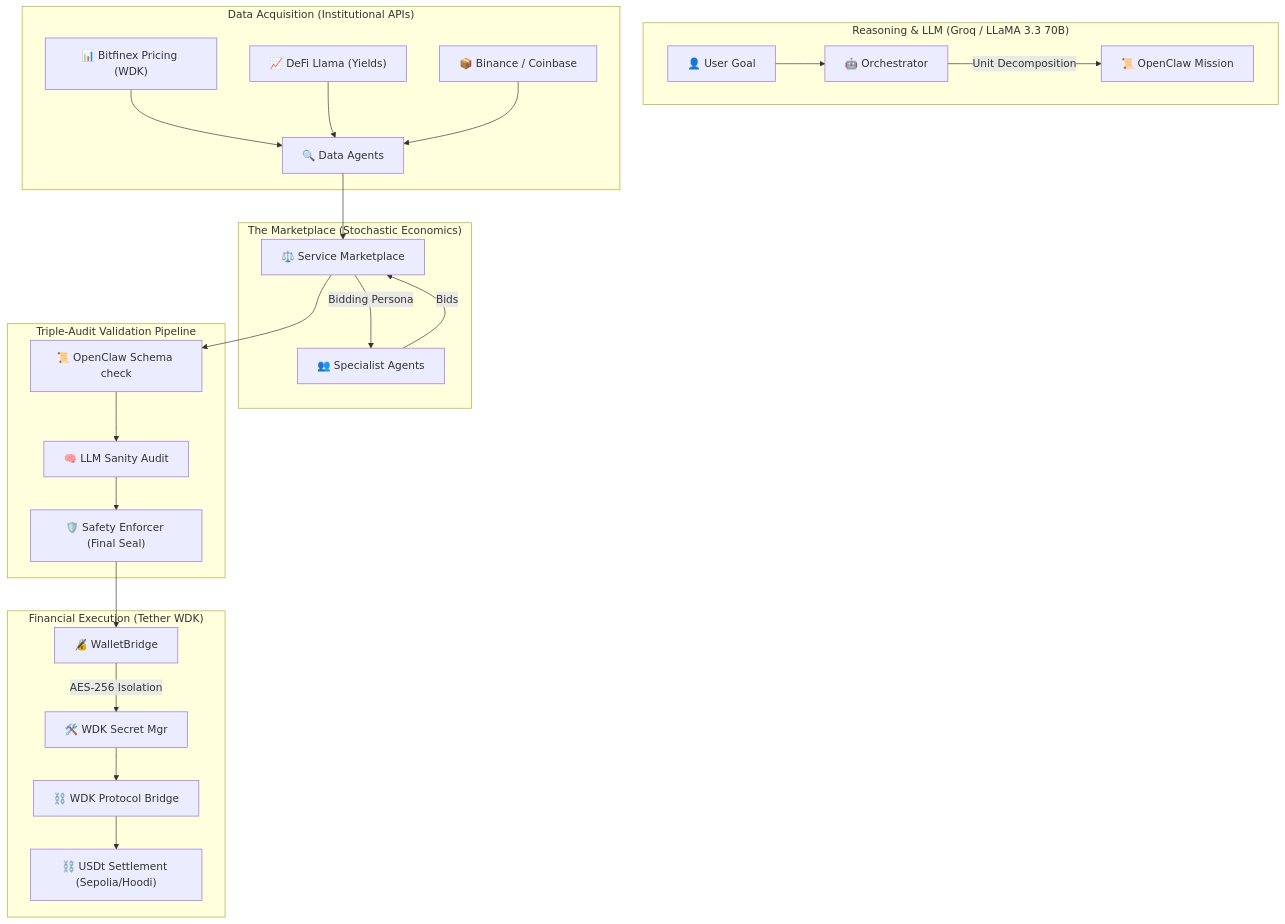
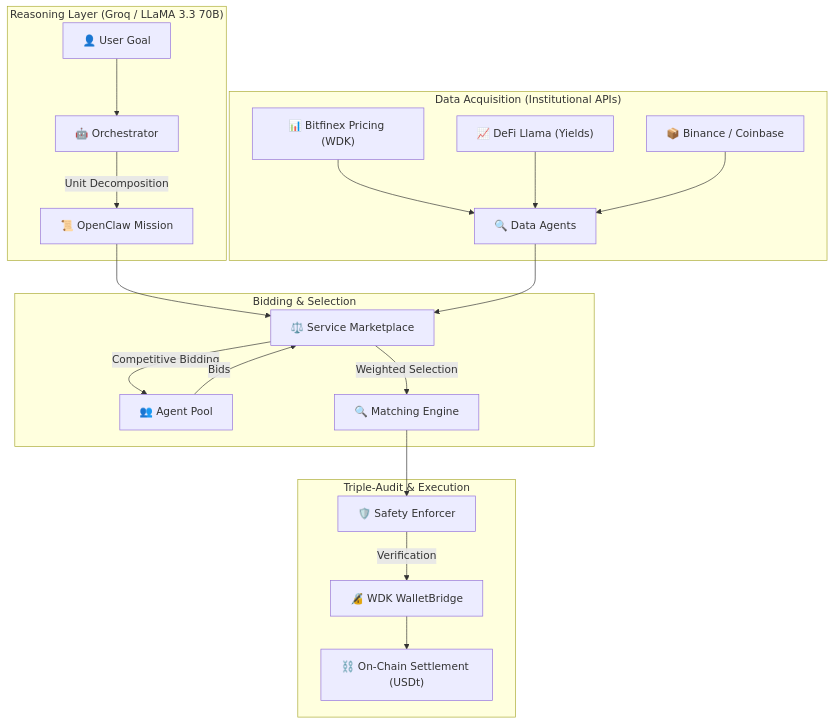
The first of 3 diagrams in README.md (nevan-sonic/nevorax), drawn with Mermaid before and after one commit. The commit also changed other lines of this file, not shown here.

Commit message:
Flashship Visual Expansion - 3x Mermaid Diagrams (Architecture, Escrow, Audit)

````diff
--- a/README.md
+++ b/README.md
@@ -16,32 +16,27 @@
 ```mermaid
 graph TD
-    subgraph "Reasoning & LLM (Groq / LLaMA 3.3 70B)"
+    subgraph "Reasoning Layer (Groq / LLaMA 3.3 70B)"
         A["👤 User Goal"] --> B["🤖 Orchestrator"]
         B -->|Unit Decomposition| C["📜 OpenClaw Mission"]
     end
 
     subgraph "Data Acquisition (Institutional APIs)"
         D["📊 Bitfinex Pricing (WDK)"] --> E["🔍 Data Agents"]
         F["📈 DeFi Llama (Yields)"] --> E
         G["📦 Binance / Coinbase"] --> E
     end
 
-    subgraph "The Marketplace (Stochastic Economics)"
-        E --> H["⚖️ Service Marketplace"]
-        H -->|Bidding Persona| I["👥 Specialist Agents"]
+    subgraph "Bidding & Selection"
+        C --> H["⚖️ Service Marketplace"]
+        E --> H
+        H -->|Competitive Bidding| I["👥 Agent Pool"]
         I -->|Bids| H
+        H -->|Weighted Selection| J["🔍 Matching Engine"]
     end
 
-    subgraph "Triple-Audit Validation Pipeline"
-        H --> J["📜 OpenClaw Schema check"]
-        J --> K["🧠 LLM Sanity Audit"]
-        K --> L["🛡️ Safety Enforcer (Final Seal)"]
-    end
-
-    subgraph "Financial Execution (Tether WDK)"
-        L --> M["🔏 WalletBridge"]
-        M -->|AES-256 Isolation| N["🛠️ WDK Secret Mgr"]
-        N --> O["⛓️ WDK Protocol Bridge"]
-        O --> P["⛓️ USDt Settlement (Sepolia/Hoodi)"]
+    subgraph "Triple-Audit & Execution"
+        J --> K["🛡️ Safety Enforcer"]
+        K -->|Verification| L["🔏 WDK WalletBridge"]
+        L --> M["⛓️ On-Chain Settlement (USDt)"]
     end
 ```
````
